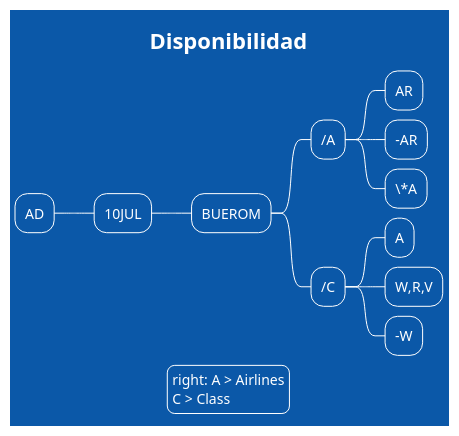
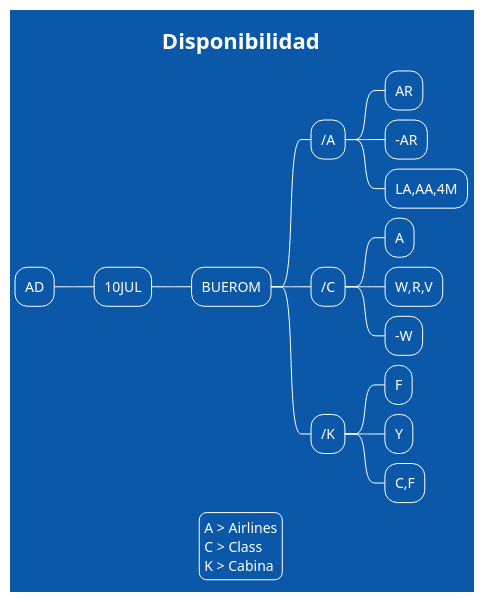
The first of 2 diagrams in Amadeus/Capitulo_I.md (MarcoCenturion/Linux), drawn with PlantUML before and after one commit. The commit also changed other lines of this file and 4 other files, not shown here.

````diff
--- a/Amadeus/Capitulo_I.md
+++ b/Amadeus/Capitulo_I.md
@@ -197,18 +234,22 @@
 ```plantuml
 @startmindmap
 title Disponibilidad
 !theme amiga
  * AD 
   * 10JUL
    * BUEROM
     * /A
      * AR
      * -AR
-     * \*A
+     * LA,AA,4M
     * /C
      * A
      * W,R,V
      * -W
-legend right: A > Airlines\nC > Class
+    * /K
+     * F 
+     * Y
+     * C,F
+legend:  A > Airlines\nC > Class\nK > Cabina
 @endmindmap
 ```
````
